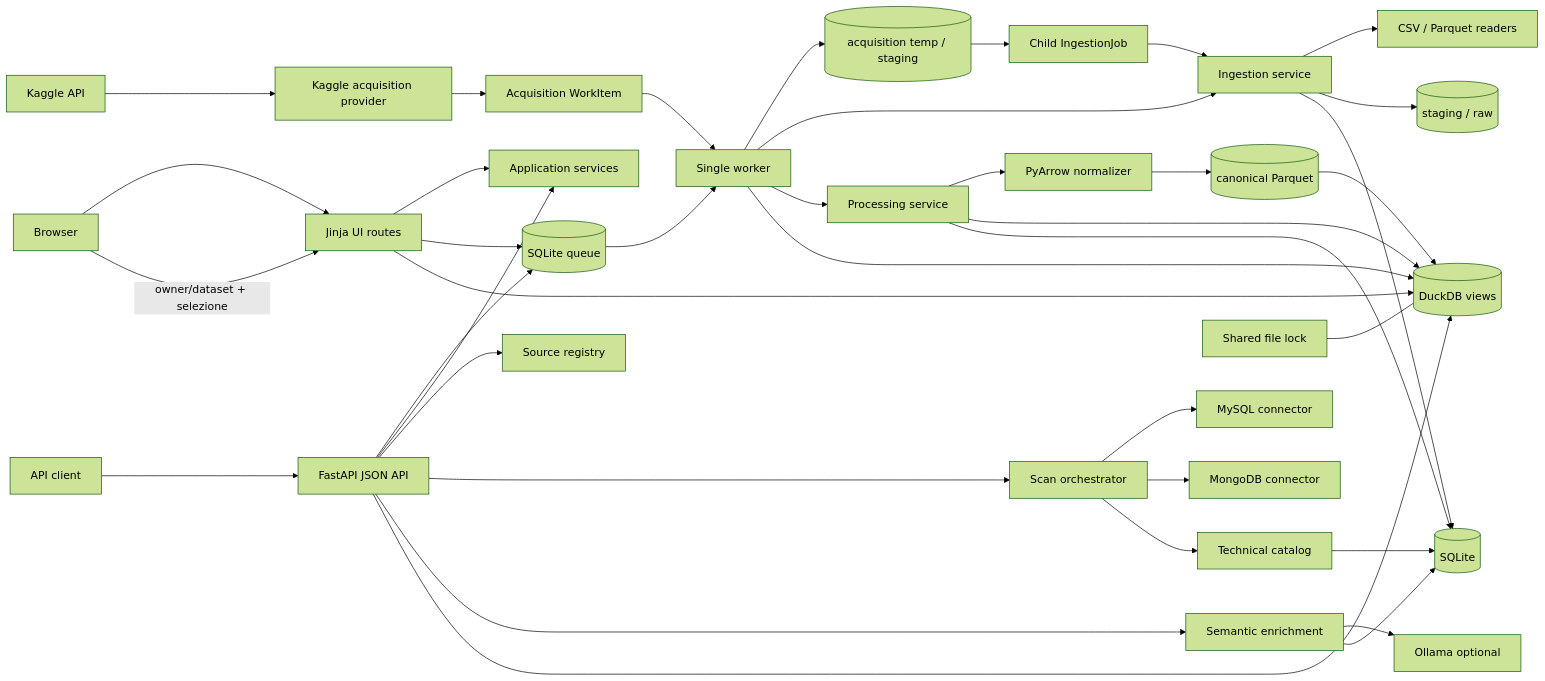
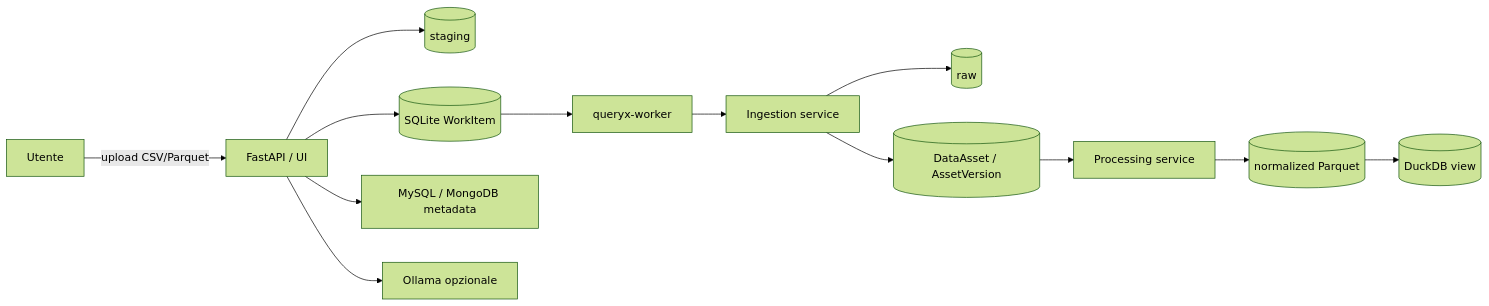
Before and after one commit to pyxidious/queryX: the diagram in README.md, drawn with Mermaid (forest theme). The commit also changed other lines of this file and 32 other files, not shown here.

````diff
--- a/README.md
+++ b/README.md
@@ -57,40 +24,15 @@
 ```mermaid
 flowchart LR
-    Client[API client] --> API[FastAPI JSON API]
-    Browser[Browser] --> UI[Jinja UI routes]
-    Browser -->|owner/dataset + selezione| UI
-    Kaggle[Kaggle API] --> Provider[Kaggle acquisition provider]
-    Provider --> Acquisition[Acquisition WorkItem]
-    Acquisition --> Worker
-    Worker --> AcqStage[(acquisition temp / staging)]
-    AcqStage --> ChildJob[Child IngestionJob]
-    ChildJob --> Ingestion
-    UI --> Services[Application services]
-    UI --> Queue
-    UI --> DuckDB
-    API --> Queue[(SQLite queue)]
-    API --> Services
-    Queue --> Worker[Single worker]
-    API --> Registry[Source registry]
-    API --> Scan[Scan orchestrator]
-    Scan --> MySQL[MySQL connector]
-    Scan --> Mongo[MongoDB connector]
-    Scan --> Catalog[Technical catalog]
+    User[Utente] -->|upload CSV/Parquet| API[FastAPI / UI]
+    API --> Stage[(staging)]
+    API --> Queue[(SQLite WorkItem)]
+    Queue --> Worker[queryx-worker]
     Worker --> Ingestion[Ingestion service]
-    Ingestion --> Readers[CSV / Parquet readers]
-    Ingestion --> Files[(staging / raw)]
-    Ingestion --> CatalogDB[(SQLite)]
-    Worker --> Processing[Processing service]
-    Processing --> Normalizer[PyArrow normalizer]
-    Normalizer --> Normalized[(canonical Parquet)]
-    Processing --> DuckDB[(DuckDB views)]
-    Normalized --> DuckDB
-    Processing --> CatalogDB
-    Catalog --> CatalogDB
-    API --> Semantic[Semantic enrichment]
-    Semantic --> Ollama[Ollama optional]
-    Semantic --> CatalogDB
-    API --> DuckDB
-    Worker --> DuckDB
-    Lock[Shared file lock] --- DuckDB
+    Ingestion --> Raw[(raw)]
+    Ingestion --> Catalog[(DataAsset / AssetVersion)]
+    Catalog --> Processing[Processing service]
+    Processing --> Parquet[(normalized Parquet)]
+    Parquet --> DuckDB[(DuckDB view)]
+    API --> Sources[MySQL / MongoDB metadata]
+    API --> Ollama[Ollama opzionale]
 ```
````
